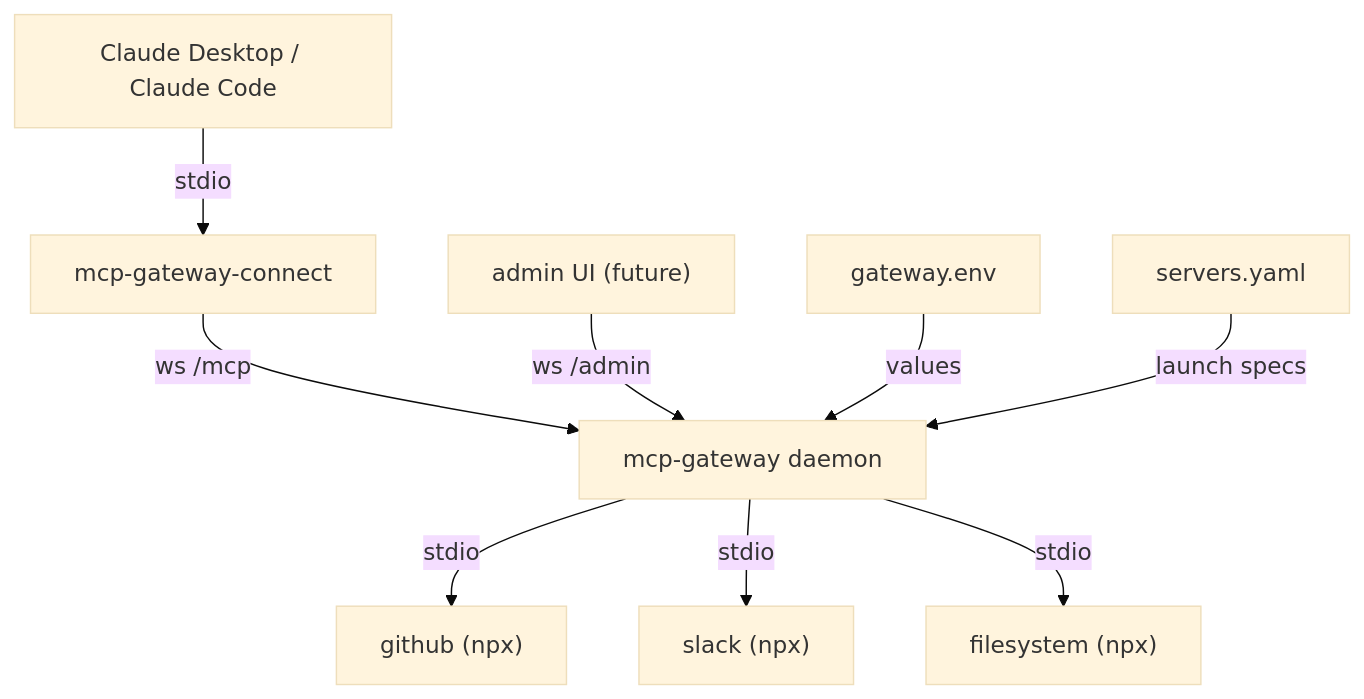
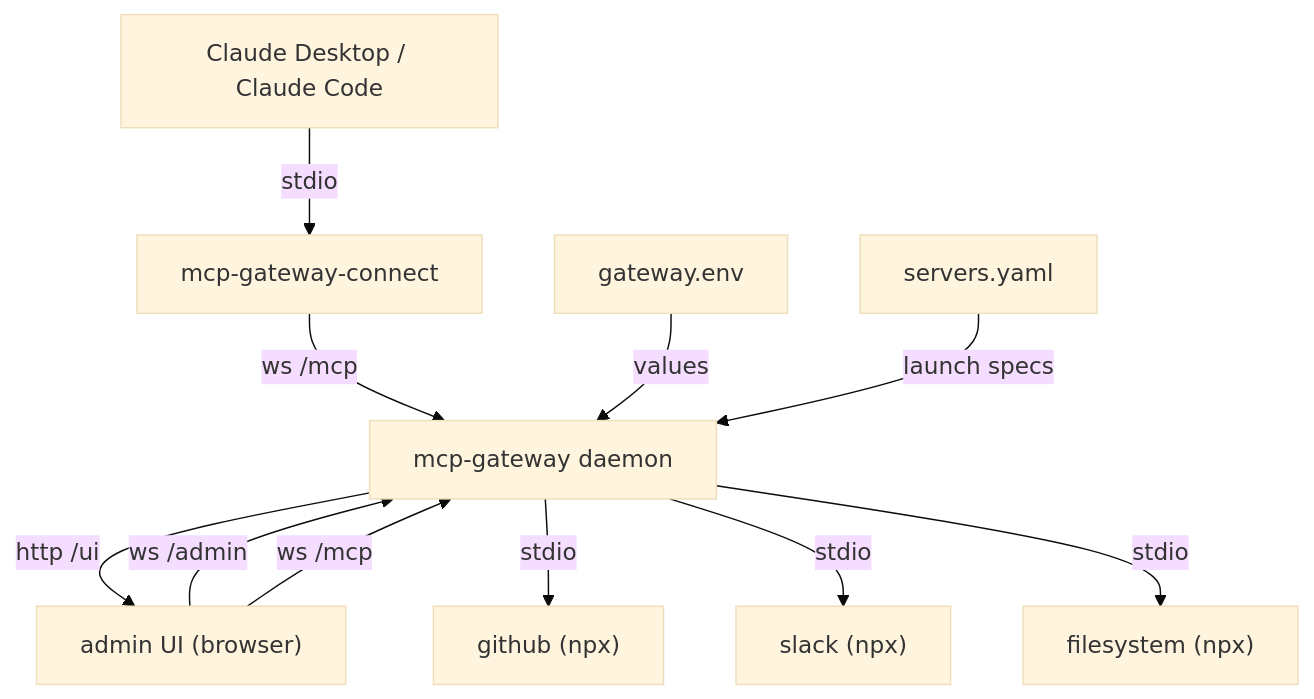
The first of 4 diagrams in ARCHITECTURE.md (Digital-Dimentia/python-mcp-gateway), drawn with Mermaid (base theme) before and after one commit. The commit also changed other lines of this file and 29 other files, not shown here.

````diff
--- a/ARCHITECTURE.md
+++ b/ARCHITECTURE.md
@@ -8,21 +8,23 @@
 ```mermaid
 flowchart TB
     desktop["Claude Desktop / Claude Code"]
     bridge["mcp-gateway-connect"]
-    ui["admin UI (future)"]
+    ui["admin UI (browser)"]
     daemon["mcp-gateway daemon"]
     github["github (npx)"]
     slack["slack (npx)"]
     fs["filesystem (npx)"]
     env["gateway.env"]
     yaml["servers.yaml"]
 
     desktop -->|stdio| bridge
     bridge -->|"ws /mcp"| daemon
+    daemon -->|"http /ui"| ui
     ui -->|"ws /admin"| daemon
+    ui -->|"ws /mcp"| daemon
     daemon -->|stdio| github
     daemon -->|stdio| slack
     daemon -->|stdio| fs
     env -->|"values"| daemon
     yaml -->|"launch specs"| daemon
 ```
````
